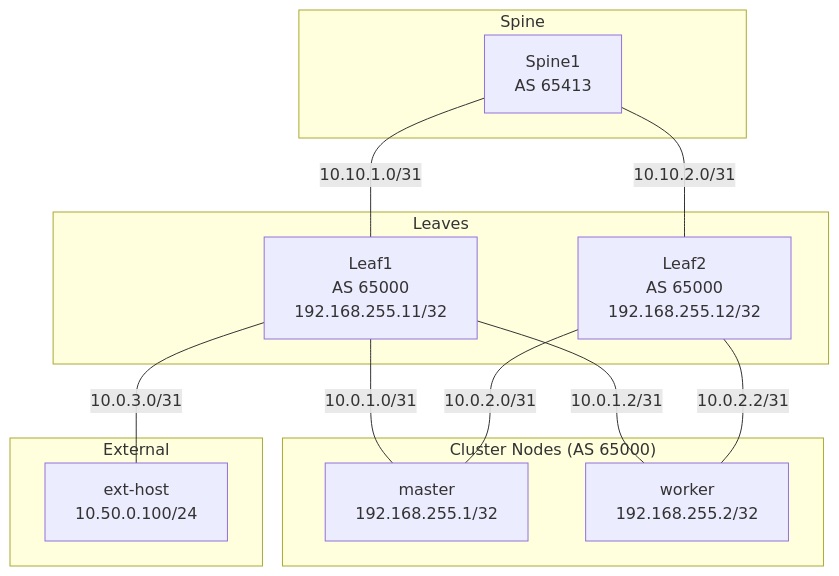
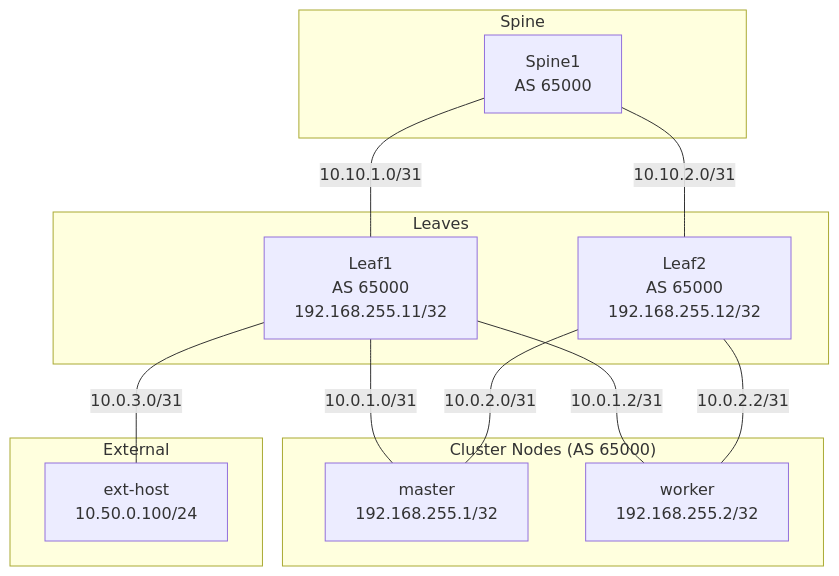
One commit to dave-tucker/hands-on-labs changed the first of 2 diagrams in docs/labs/04-bgp-evpn/index.md. Above: the diagram before and after it, drawn with Mermaid. The commit also changed 6 other files, not shown here.

````diff
--- a/docs/labs/04-bgp-evpn/index.md
+++ b/docs/labs/04-bgp-evpn/index.md
@@ -13,30 +13,30 @@
 ```mermaid
 graph TB
     subgraph Spine
-        S1[Spine1<br/>AS 65413]
+        S1[Spine1<br/>AS 65000]
     end
     
     subgraph Leaves
         L1[Leaf1<br/>AS 65000<br/>192.168.255.11/32]
         L2[Leaf2<br/>AS 65000<br/>192.168.255.12/32]
     end
     
     subgraph Cluster["Cluster Nodes (AS 65000)"]
         M[master<br/>192.168.255.1/32]
         W[worker<br/>192.168.255.2/32]
     end
     
     subgraph External
         EH[ext-host<br/>10.50.0.100/24]
     end
     
     S1 ---|10.10.1.0/31| L1
     S1 ---|10.10.2.0/31| L2
     
     L1 ---|10.0.1.0/31| M
     L1 ---|10.0.1.2/31| W
     L1 ---|10.0.3.0/31| EH
     
     L2 ---|10.0.2.0/31| M
     L2 ---|10.0.2.2/31| W
 ```
````
